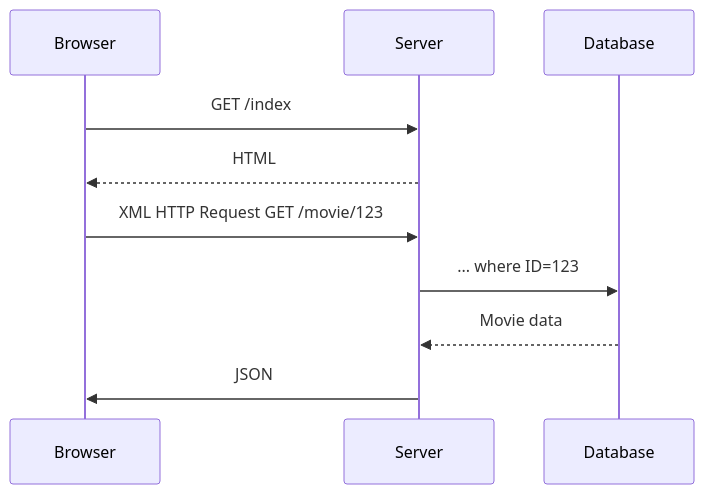
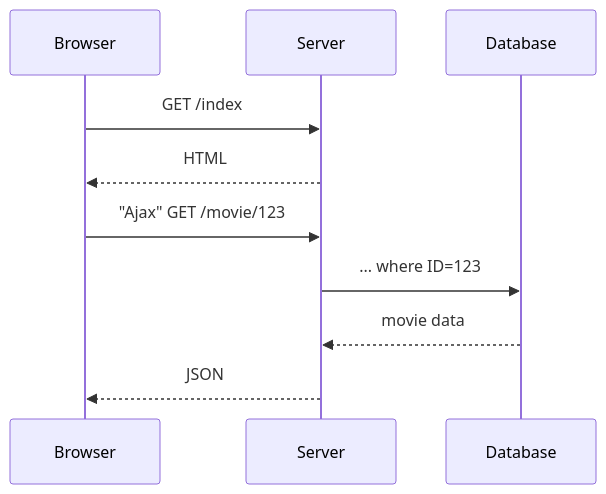
One commit to roberto/react-workshop changed the third of 3 diagrams in slides/01-Web.md. Above: the diagram before and after it, drawn with Mermaid. The commit also changed other lines of this file, not shown here.

```diff
--- a/slides/01-Web.md
+++ b/slides/01-Web.md
@@ -100,9 +100,9 @@
 <div class="mermaid">
 sequenceDiagram
     Browser->>Server: GET /index;
     Server-->>Browser: HTML;
-    Browser->>Server: XML HTTP Request GET /movie/123;
+    Browser->>Server: "Ajax" GET /movie/123;
     Server->>Database: ... where ID=123;
-    Database-->>Server: Movie data;
-    Server->>Browser: JSON;
+    Database-->>Server: movie data;
+    Server-->>Browser: JSON;
 </div>
```
